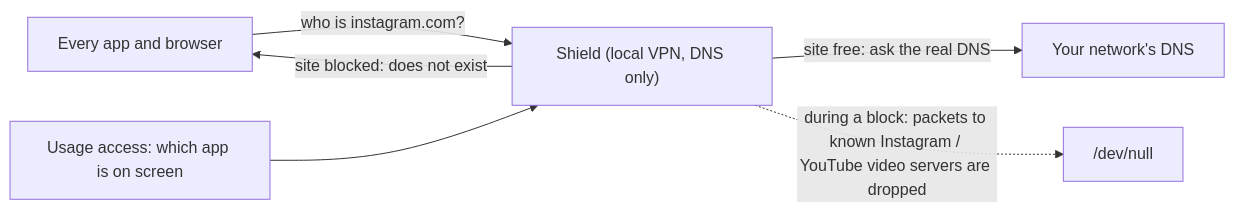
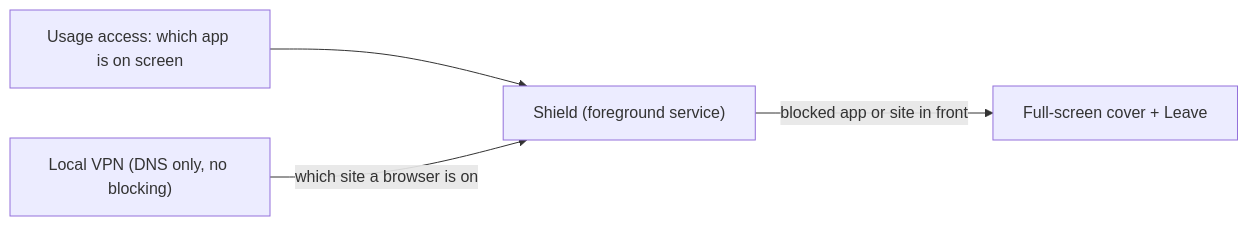
Before and after one commit to luiz-nast/maverick-truck: the second of 2 diagrams in README.md, drawn with Mermaid. The commit also changed other lines of this file and 9 other files, not shown here.

````diff
--- a/README.md
+++ b/README.md
@@ -47,8 +47,6 @@
 ```mermaid
 flowchart LR
-    Apps["Every app and browser"] -->|"who is instagram.com?"| Shield
-    Shield["Shield (local VPN, DNS only)"] -->|"site free: ask the real DNS"| Net["Your network's DNS"]
-    Shield -->|"site blocked: does not exist"| Apps
-    Shield -.->|"during a block: packets to known Instagram / YouTube video servers are dropped"| Drop["/dev/null"]
     Usage["Usage access: which app is on screen"] --> Shield
+    Shield["Shield (foreground service)"] -->|"blocked app or site in front"| Cover["Full-screen cover + Leave"]
+    DNS["Local VPN (DNS only, no blocking)"] -->|"which site a browser is on"| Shield
 ```
````
